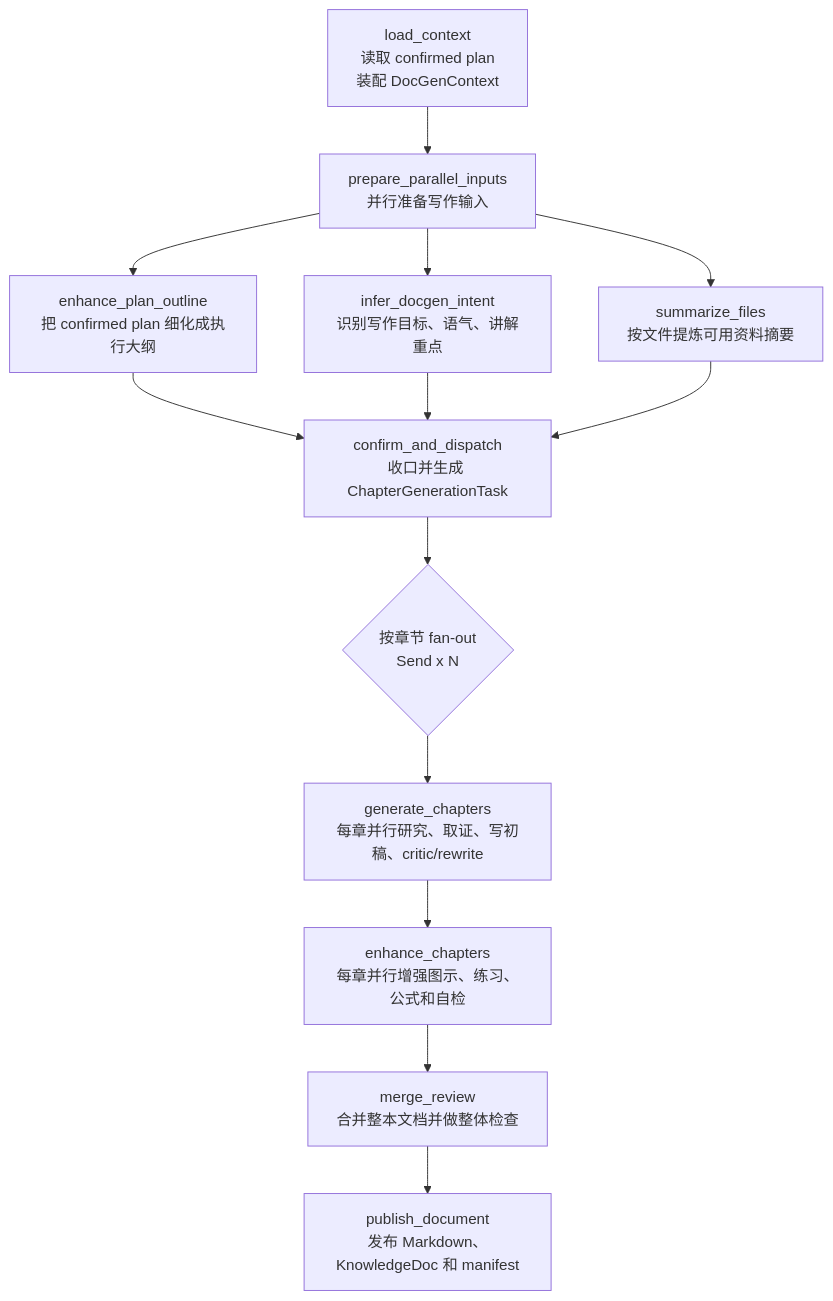
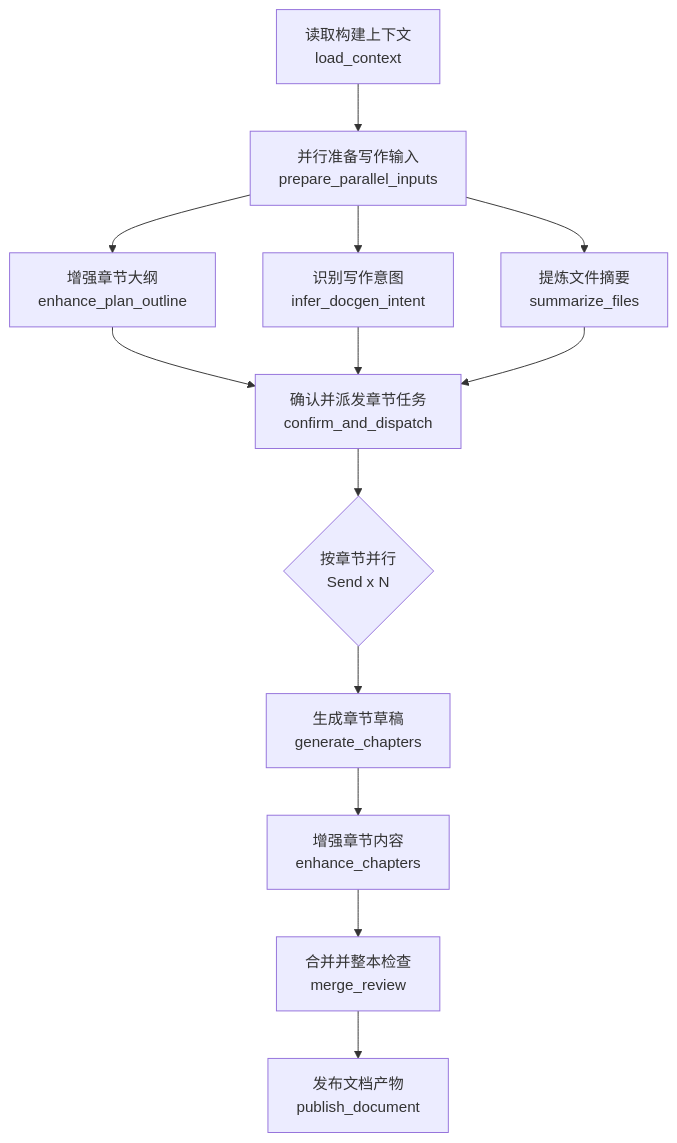
The diagram in backend/app/workflows/digest/docgen/README.md (aiteachme/AITeachMe), drawn with Mermaid before and after one commit. The commit also changed 5 other files, not shown here.

````diff
--- a/backend/app/workflows/digest/docgen/README.md
+++ b/backend/app/workflows/digest/docgen/README.md
@@ -31,29 +31,29 @@
 ```mermaid
 flowchart TD
-    A["load_context<br/>读取 confirmed plan<br/>装配 DocGenContext"]
+    A["读取构建上下文<br/>load_context"]
 
-    B["prepare_parallel_inputs<br/>并行准备写作输入"]
-    B1["enhance_plan_outline<br/>把 confirmed plan 细化成执行大纲"]
-    B2["infer_docgen_intent<br/>识别写作目标、语气、讲解重点"]
-    B3["summarize_files<br/>按文件提炼可用资料摘要"]
+    B["并行准备写作输入<br/>prepare_parallel_inputs"]
+    B1["增强章节大纲<br/>enhance_plan_outline"]
+    B2["识别写作意图<br/>infer_docgen_intent"]
+    B3["提炼文件摘要<br/>summarize_files"]
 
-    C["confirm_and_dispatch<br/>收口并生成 ChapterGenerationTask"]
-    D{"按章节 fan-out<br/>Send x N"}
-    E["generate_chapters<br/>每章并行研究、取证、写初稿、critic/rewrite"]
-    F["enhance_chapters<br/>每章并行增强图示、练习、公式和自检"]
-    G["merge_review<br/>合并整本文档并做整体检查"]
-    H["publish_document<br/>发布 Markdown、KnowledgeDoc 和 manifest"]
+    C["确认并派发章节任务<br/>confirm_and_dispatch"]
+    D{"按章节并行<br/>Send x N"}
+    E["生成章节草稿<br/>generate_chapters"]
+    F["增强章节内容<br/>enhance_chapters"]
+    G["合并并整本检查<br/>merge_review"]
+    H["发布文档产物<br/>publish_document"]
 
     A --> B
     B --> B1
     B --> B2
     B --> B3
     B1 --> C
     B2 --> C
     B3 --> C
     C --> D
     D --> E
     E --> F
     F --> G
     G --> H
 ```
````
